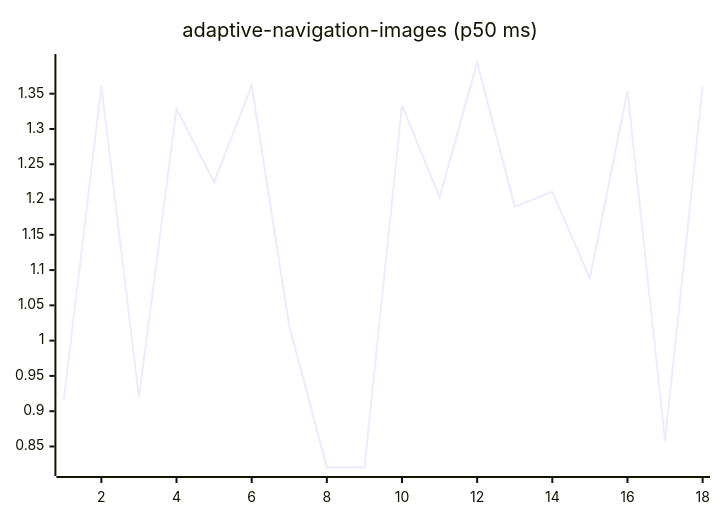
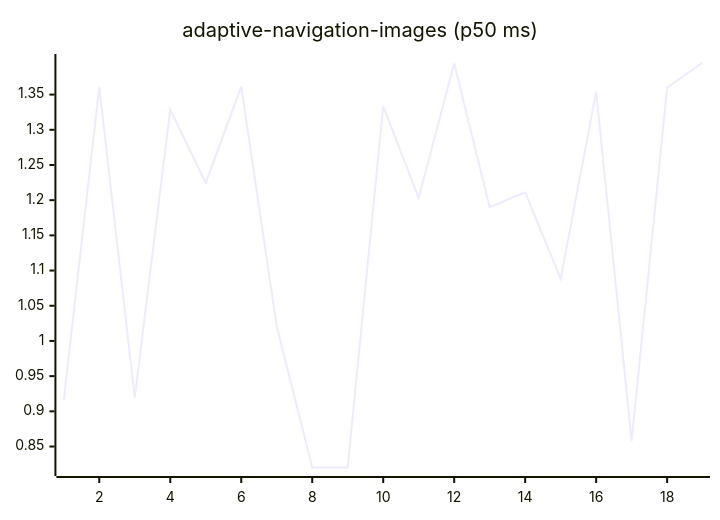
One commit to josha/Facet changed the first of 27 diagrams in README.md. Above: the diagram before and after it, drawn with Mermaid. The commit also changed other lines of this file and 2 other files, not shown here.

````diff
--- a/README.md
+++ b/README.md
@@ -63,6 +63,6 @@
 ```mermaid
 xychart-beta
     title "adaptive-navigation-images (p50 ms)"
-    x-axis 1 --> 18
-    line [0.9159, 1.3609, 0.9193, 1.3288, 1.2245, 1.3615, 1.0208, 0.8202, 0.8203, 1.3336, 1.2030, 1.3942, 1.1900, 1.2110, 1.0882, 1.3541, 0.8576, 1.3599]
+    x-axis 1 --> 19
+    line [0.9159, 1.3609, 0.9193, 1.3288, 1.2245, 1.3615, 1.0208, 0.8202, 0.8203, 1.3336, 1.2030, 1.3942, 1.1900, 1.2110, 1.0882, 1.3541, 0.8576, 1.3599, 1.3956]
 ```
````
